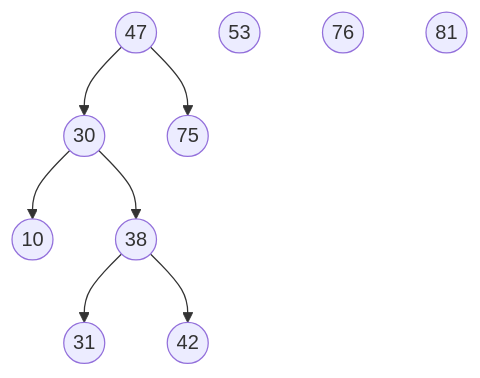
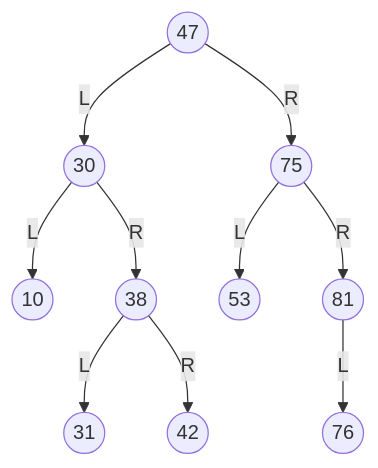
The first of 2 diagrams in Algoritmi e Strutture Dati/2. 🔩 Strutture Dati/🟢 Alberi/4. Esercizi Alberi.md (Luca-02/dispense-algoritmica), drawn with Mermaid before and after one commit. The commit also changed other lines of this file and 1 other file, not shown here.

````diff
--- a/Algoritmi e Strutture Dati/2. 🔩 Strutture Dati/🟢 Alberi/4. Esercizi Alberi.md
+++ b/Algoritmi e Strutture Dati/2. 🔩 Strutture Dati/🟢 Alberi/4. Esercizi Alberi.md
@@ -9,22 +9,26 @@
 ```mermaid
 flowchart TB; 
 i1((10))
 i2((30))
 i3((31))
 i4((38))
 i5((42))
 i6((47))
 i7((53))
 i8((75))
 i9((76))
 i10((81))
 
-i6 --> i2
-i6 --> i8
+i6 --L--> i2
+i6 --R--> i8
 
-i2 --> i1
-i2 --> i4
+i2 --L--> i1
+i2 --R--> i4
 
-i4 --> i3
-i4 --> i5
+i4 --L--> i3
+i4 --R--> i5
+
+i8 --L--> i7
+i8 --R--> i10
+i10 --L--> i9
 ```
````
